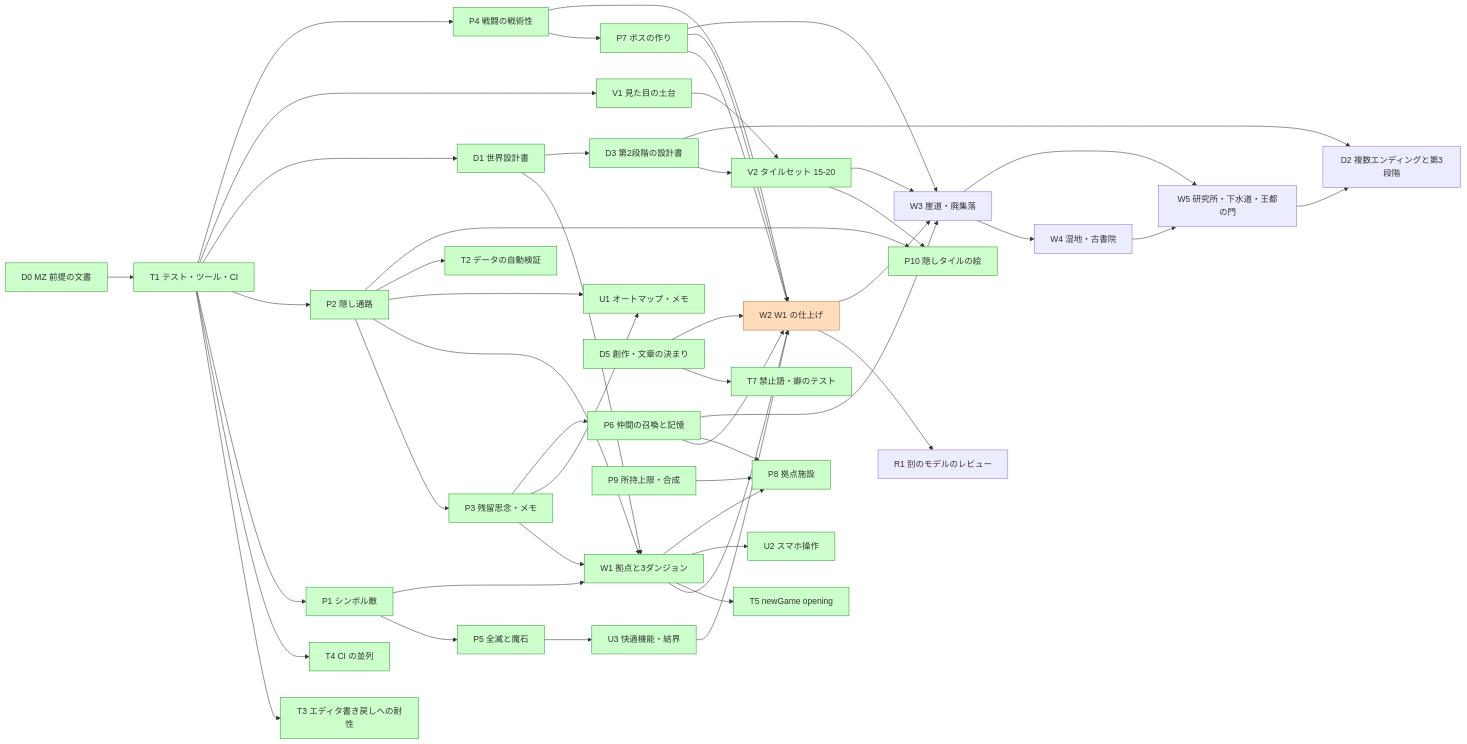
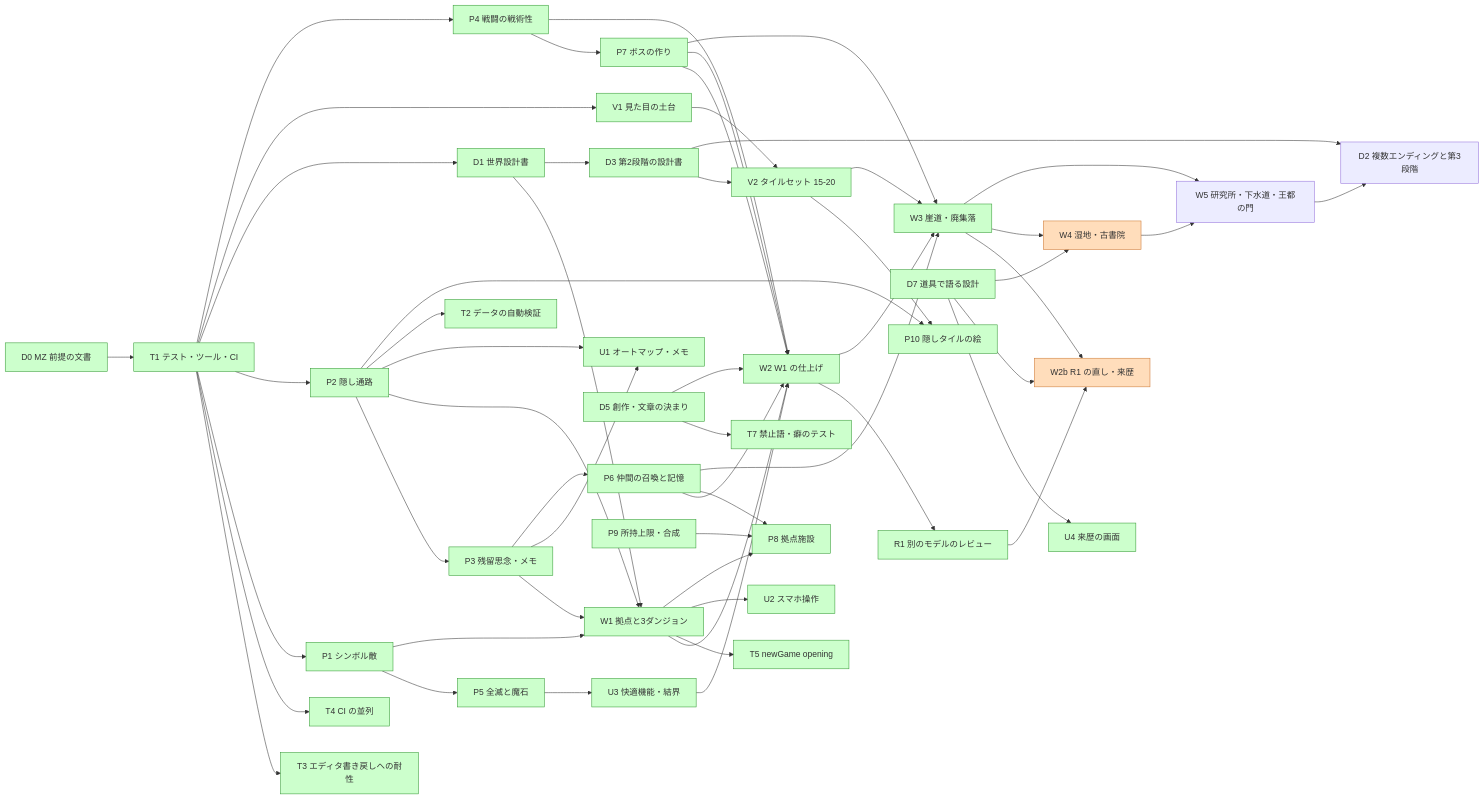
Before and after one commit to nakaba9696/-RPG: the diagram in docs/ROADMAP.md, drawn with Mermaid. The commit also changed other lines of this file, not shown here.

Commit message:
D8: ROADMAP を今の状態に合わせる（W2・W3・R1・U4・D7・T8 のマージ、割り当て表、決定待ち、現在地）

````diff
--- a/docs/ROADMAP.md
+++ b/docs/ROADMAP.md
@@ -214,56 +223,61 @@
 ```mermaid
 graph LR
   D0[D0 MZ 前提の文書] --> T1[T1 テスト・ツール・CI]
   T1 --> T3[T3 エディタ書き戻しへの耐性]
   T1 --> T4[T4 CI の並列]
   T1 --> P1[P1 シンボル敵]
   T1 --> P2[P2 隠し通路]
   T1 --> D1[D1 世界設計書]
   T1 --> V1[V1 見た目の土台]
   P2 --> P3[P3 残留思念・メモ]
   T1 --> P4[P4 戦闘の戦術性]
   P1 --> P5[P5 全滅と魔石]
   D1 --> W1[W1 拠点と3ダンジョン]
   P1 --> W1
   P2 --> W1
   P3 --> W1
   P2 --> U1[U1 オートマップ・メモ]
   P3 --> U1
   P2 --> T2[T2 データの自動検証]
   P3 --> P6[P6 仲間の召喚と記憶]
   P4 --> P7[P7 ボスの作り]
   W1 --> W2[W2 W1 の仕上げ]
   P4 --> W2
   P6 --> W2
   P7 --> W2
   W1 --> T5[T5 newGame opening]
   W1 --> U2[U2 スマホ操作]
   D1 --> D3[D3 第2段階の設計書]
   V1 --> V2[V2 タイルセット 15-20]
   D3 --> V2
   D5[D5 創作・文章の決まり] --> T7[T7 禁止語・癖のテスト]
   P2 --> P10[P10 隠しタイルの絵]
   V2 --> P10
   P5 --> U3[U3 快適機能・結界]
   P6 --> P8[P8 拠点施設]
   P9[P9 所持上限・合成] --> P8
   W1 --> P8
   P7 --> W2
   U3 --> W2
   D5 --> W2
   W2 --> R1[R1 別のモデルのレビュー]
+  R1 --> W2b[W2b R1 の直し・来歴]
+  D7[D7 道具で語る設計] --> U4[U4 来歴の画面]
+  D7 --> W2b
+  D7 --> W4[W4 湿地・古書院]
+  W3 --> W2b
   W2 --> W3[W3 崖道・廃集落]
   P6 --> W3
   P7 --> W3
   V2 --> W3
-  W3 --> W4[W4 湿地・古書院]
+  W3 --> W4
   W3 --> W5[W5 研究所・下水道・王都の門]
   W4 --> W5
   D3 --> D2[D2 複数エンディングと第3段階]
   W5 --> D2
   classDef done fill:#cfc,stroke:#393
   classDef wait fill:#ffc,stroke:#aa3
   classDef doing fill:#fdb,stroke:#c73
-  class D0,T1,T3,T4,P1,P2,D1,V1,P3,P5,T2,W1,U2,D3,V2,P4,U1,P6,U3,P9,P10,T5,D5,T7,P7,P8 done
-  class W2 doing
+  class D0,T1,T3,T4,P1,P2,D1,V1,P3,P5,T2,W1,U2,D3,V2,P4,U1,P6,U3,P9,P10,T5,D5,T7,P7,P8,W2,W3,R1,D7,U4,T8 done
+  class W2b,W4 doing
 ```
````
